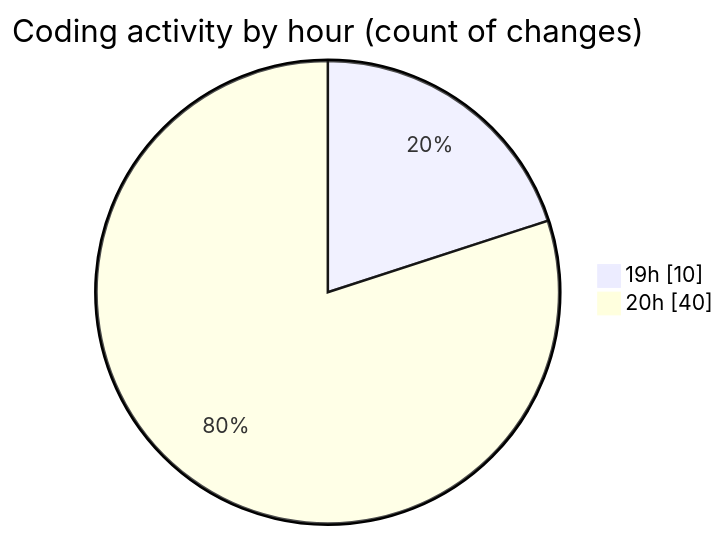
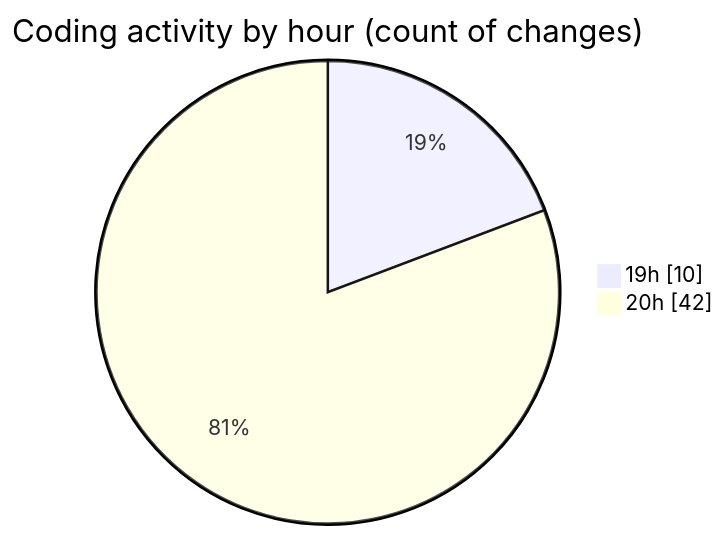
One commit to charlie-sans/code-tracking changed the second of 2 diagrams in 2025-01-28/trollerboard/README.md. Above: the diagram before and after it, drawn with Mermaid. The commit also changed other lines of this file and 1 other file, not shown here.

````diff
--- a/2025-01-28/trollerboard/README.md
+++ b/2025-01-28/trollerboard/README.md
@@ -37,6 +37,6 @@
 ```mermaid
 pie showData
 title Coding activity by hour (count of changes)
 "19h" : 10
-"20h" : 40
+"20h" : 42
 ```
````
